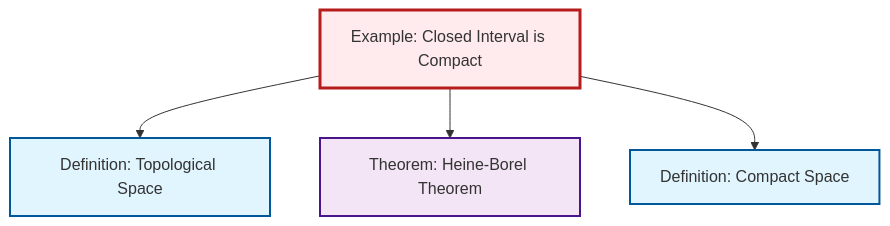
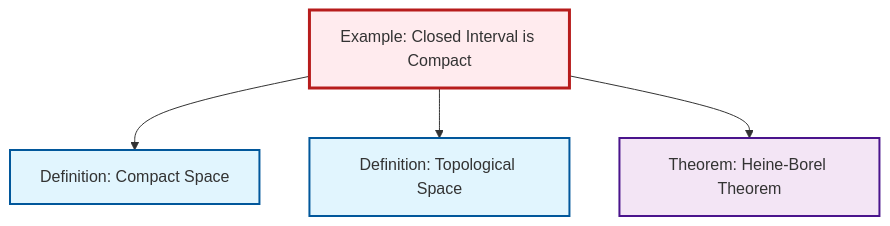
The diagram in content/ja/topology/ex-closed-interval-compact.qmd (RK0429/ModernMath), drawn with Mermaid before and after one commit. The commit also changed other lines of this file and 615 other files, not shown here.

````diff
--- a/content/ja/topology/ex-closed-interval-compact.qmd
+++ b/content/ja/topology/ex-closed-interval-compact.qmd
@@ -55,20 +55,20 @@
 ```{mermaid}
 %%| fig-cap: "Local dependency graph"
 graph TD
     classDef definition fill:#e1f5fe,stroke:#01579b,stroke-width:2px
     classDef theorem fill:#f3e5f5,stroke:#4a148c,stroke-width:2px
     classDef axiom fill:#fff3e0,stroke:#e65100,stroke-width:2px
     classDef example fill:#e8f5e9,stroke:#1b5e20,stroke-width:2px
     classDef current fill:#ffebee,stroke:#b71c1c,stroke-width:3px
     thm-heine-borel["Theorem: Heine-Borel Theorem"]:::theorem
     def-topological-space["Definition: Topological Space"]:::definition
+    def-compact["Definition: Compact Space"]:::definition
     ex-closed-interval-compact["Example: Closed Interval is Compact"]:::example
-    def-compact["Definition: Compact Space"]:::definition
+    ex-closed-interval-compact --> def-compact
     ex-closed-interval-compact --> def-topological-space
     ex-closed-interval-compact --> thm-heine-borel
-    ex-closed-interval-compact --> def-compact
     class ex-closed-interval-compact current
     click thm-heine-borel "thm-heine-borel.html" "Theorem: Heine-Borel Theoremへ"
     click def-topological-space "def-topological-space.html" "Definition: Topological Spaceへ"
     click def-compact "def-compact.html" "Definition: Compact Spaceへ"
 ```
````
